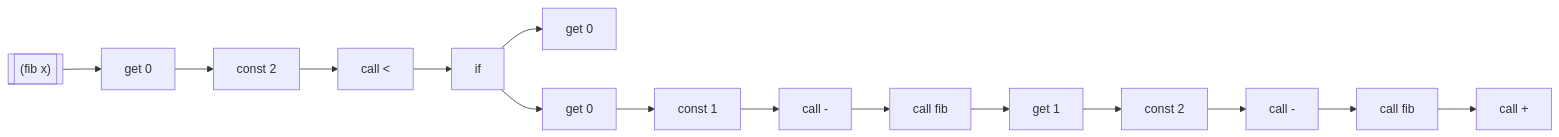
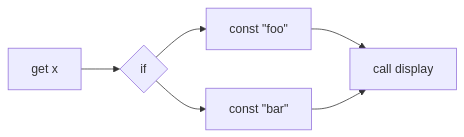
One commit to raviqqe/doc changed the diagram in slides/papers/stak-scheme/duplicate-strings.mmd. Above: the diagram before and after it, drawn with Mermaid. The commit also changed 1 other file, not shown here.

```diff
--- a/slides/papers/stak-scheme/duplicate-strings.mmd
+++ b/slides/papers/stak-scheme/duplicate-strings.mmd
@@ -1,6 +1,5 @@
 flowchart LR
-  f0[["(fib x)"]] --> c0
-  c0[get 0] --> c1[const 2] --> c2[call <] --> c4
-  c4[if] -->  c5[get 0]
-  c4 -->  c6[get 0] --> c7[const 1] --> c8[call -] --> c9[call fib] --> c10
-  c10[get 1] --> c11[const 2] --> c12[call -] --> c13[call fib] --> c14[call +]
+  c0[get x] --> c1{if}
+  c1 --> c2[const #quot;foo#quot;] --> c4
+  c1 --> c3[const #quot;bar#quot;] --> c4
+  c4[call display]
```
